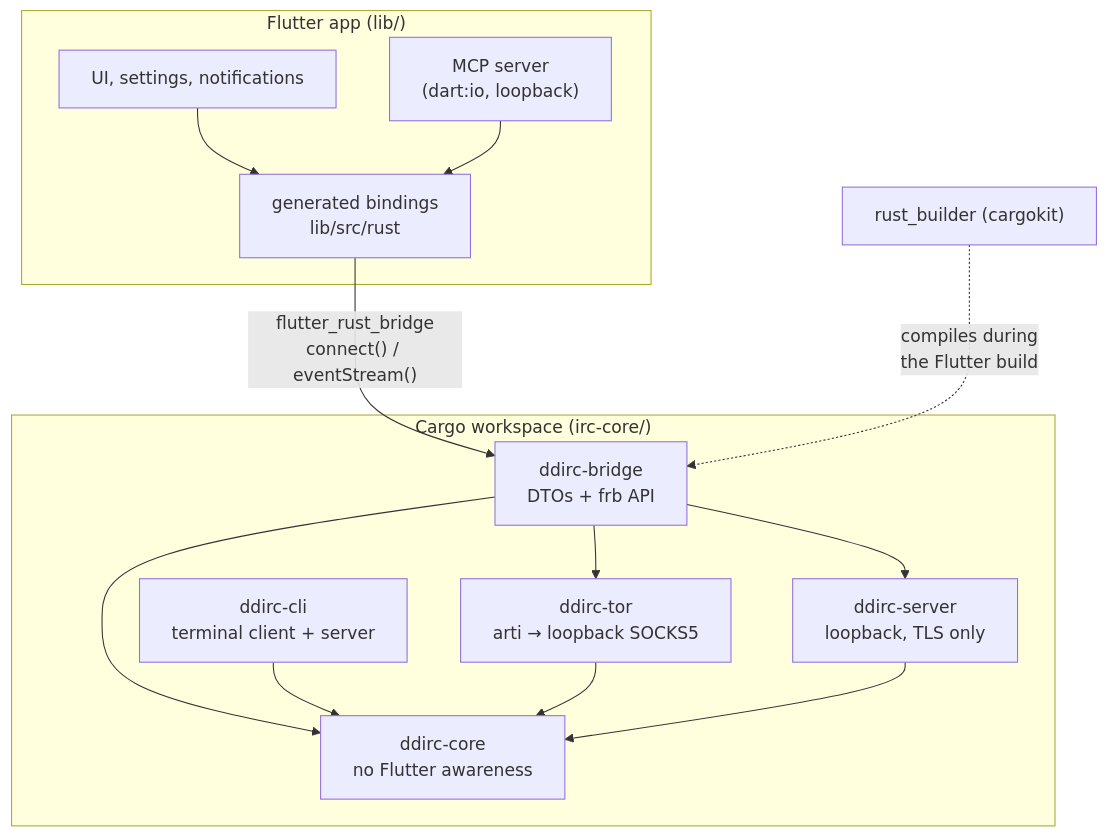
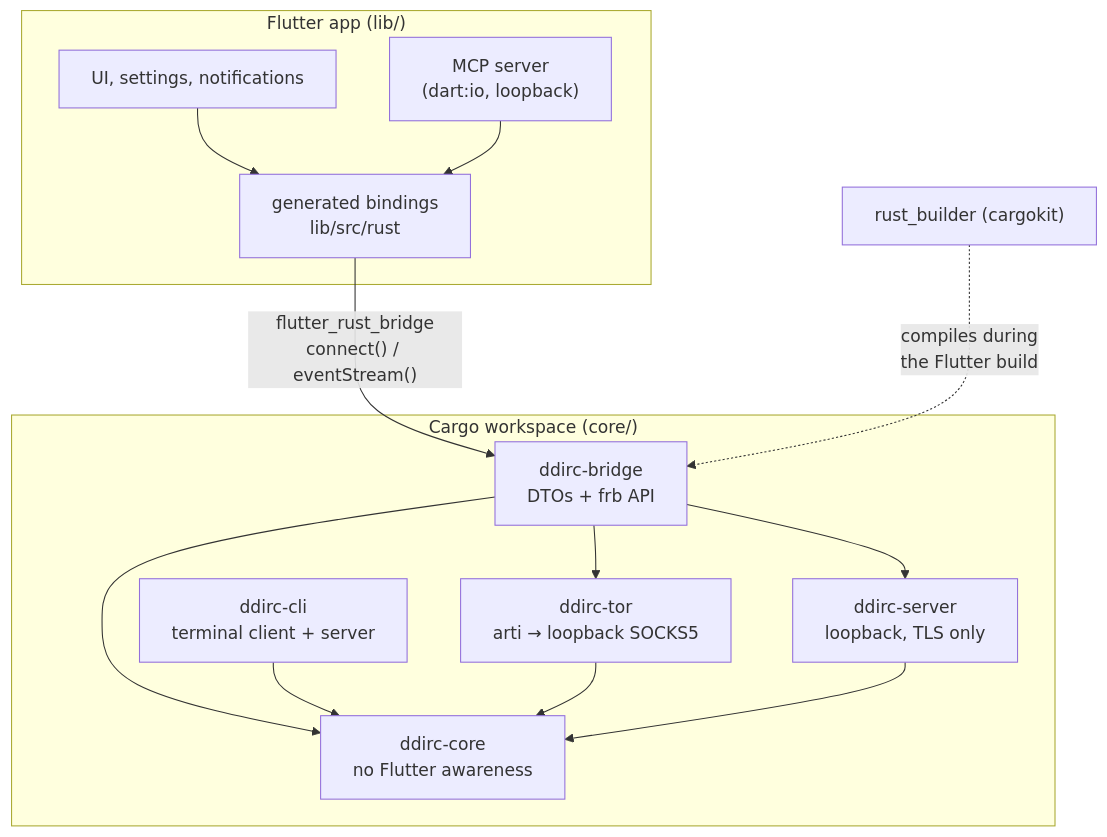
Before and after one commit to NoobforAl/ddIRC: the first of 3 diagrams in docs/architecture.md, drawn with Mermaid. The commit also changed other lines of this file and 113 other files, not shown here.

````diff
--- a/docs/architecture.md
+++ b/docs/architecture.md
@@ -32,27 +32,27 @@
 ```mermaid
 flowchart TB
     subgraph flutter["Flutter app (lib/)"]
         ui["UI, settings, notifications"]
         mcp["MCP server<br/>(dart:io, loopback)"]
         gen["generated bindings<br/>lib/src/rust"]
     end
 
-    subgraph ws["Cargo workspace (irc-core/)"]
+    subgraph ws["Cargo workspace (core/)"]
         bridge["ddirc-bridge<br/>DTOs + frb API"]
         core["ddirc-core<br/>no Flutter awareness"]
         tor["ddirc-tor<br/>arti → loopback SOCKS5"]
         server["ddirc-server<br/>loopback, TLS only"]
         cli["ddirc-cli<br/>terminal client + server"]
     end
 
     ui --> gen
     mcp --> gen
     gen -- "flutter_rust_bridge<br/>connect() / eventStream()" --> bridge
     bridge --> core
     bridge --> tor
     bridge --> server
     cli --> core
     tor --> core
     server --> core
     rb["rust_builder (cargokit)"] -. "compiles during<br/>the Flutter build" .-> bridge
 ```
````
